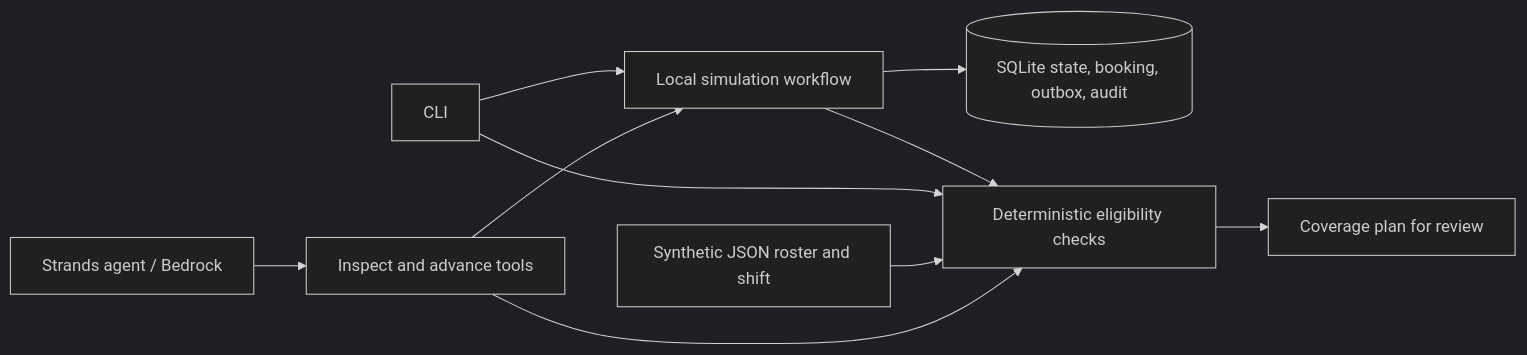
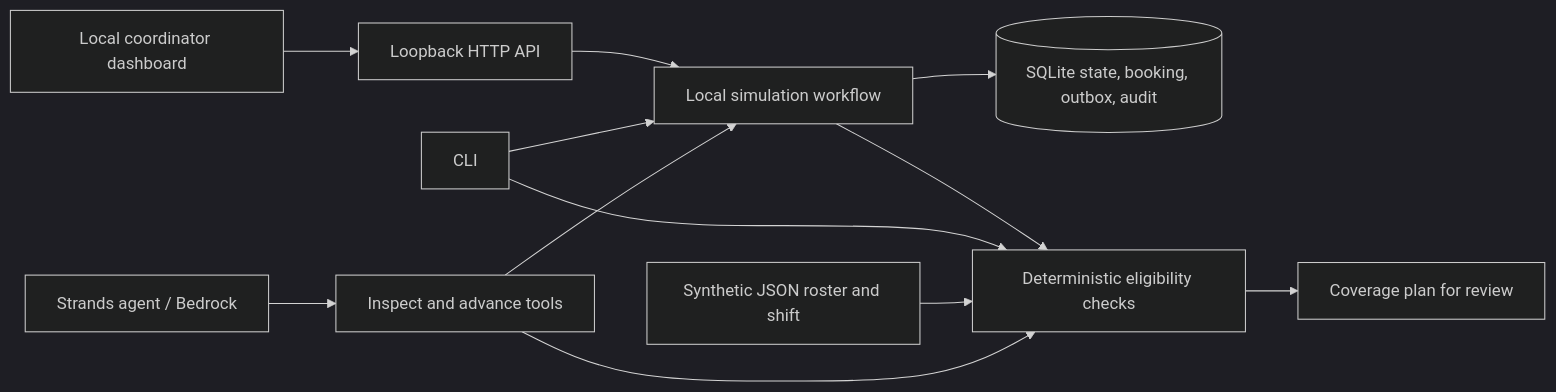
One commit to tsam6/ShiftRescue changed the first of 2 diagrams in docs/ARCHITECTURE.md. Above: the diagram before and after it, drawn with Mermaid (dark theme). The commit also changed 12 other files, not shown here.

Commit message:
Add coordinator review dashboard and simulated offer follow-ups

````diff
--- a/docs/ARCHITECTURE.md
+++ b/docs/ARCHITECTURE.md
@@ -4,12 +4,14 @@
 ```mermaid
 flowchart LR
-    CLI[CLI] --> Workflow[Local simulation workflow]
+    UI[Local coordinator dashboard] --> API[Loopback HTTP API]
+    API --> Workflow[Local simulation workflow]
+    CLI[CLI] --> Workflow
     Workflow --> Store[(SQLite state, booking, outbox, audit)]
     Workflow --> Rules
     CLI --> Rules[Deterministic eligibility checks]
     Data[Synthetic JSON roster and shift] --> Rules
     Rules --> Plan[Coverage plan for review]
     Agent[Strands agent / Bedrock] --> Tool[Inspect and advance tools]
     Tool --> Rules
     Tool --> Workflow
 ```
````
